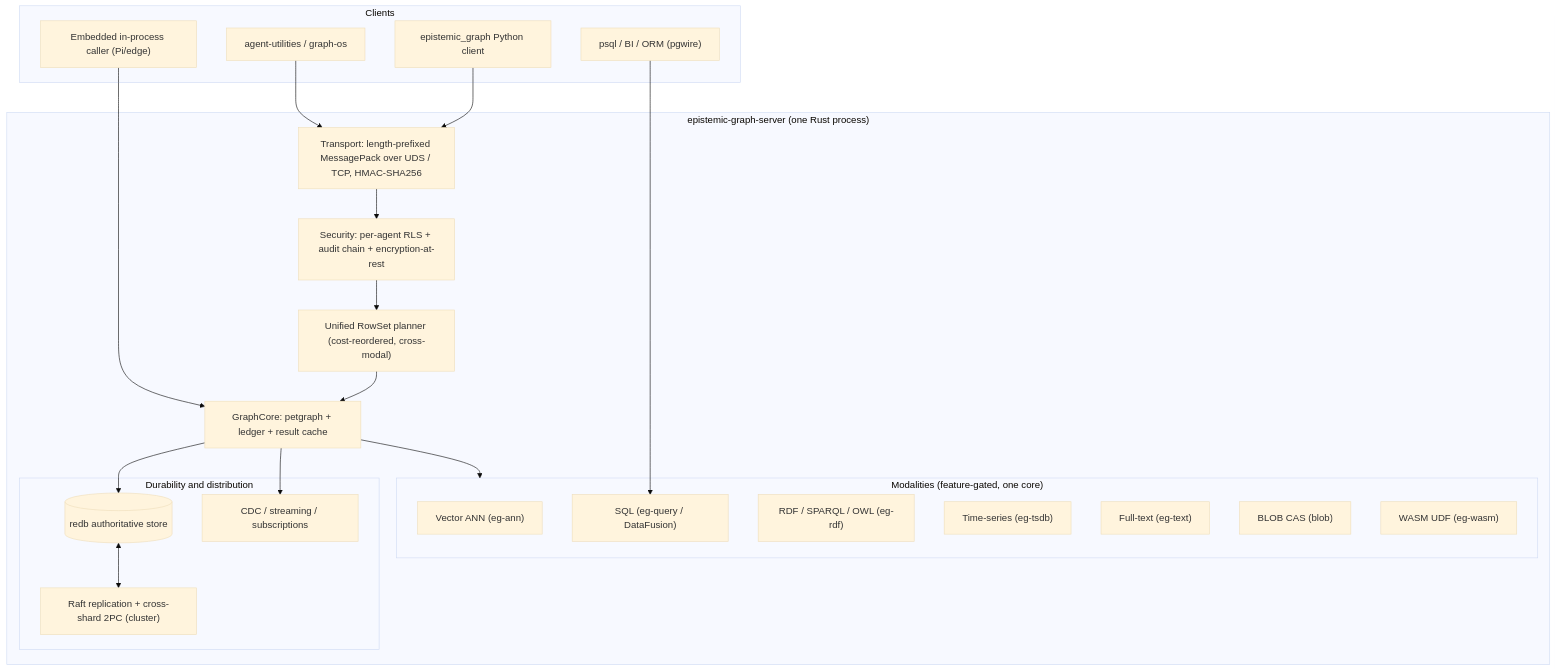
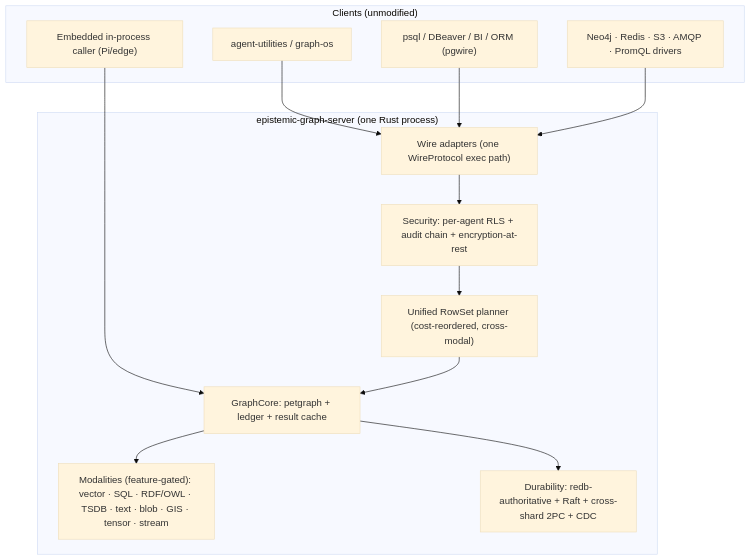
One commit to Knuckles-Team/epistemic-graph changed the diagram in README.md. Above: the diagram before and after it, drawn with Mermaid (base theme). The commit also changed other lines of this file and 42 other files, not shown here.

````diff
--- a/README.md
+++ b/README.md
@@ -187,42 +199,26 @@
 ```mermaid
 flowchart TB
-    subgraph Clients["Clients"]
+    subgraph Clients["Clients (unmodified)"]
         AU["agent-utilities / graph-os"]
-        PY["epistemic_graph Python client"]
-        PG["psql / BI / ORM (pgwire)"]
+        PG["psql / DBeaver / BI / ORM (pgwire)"]
+        DRV["Neo4j · Redis · S3 · AMQP · PromQL drivers"]
         EMB["Embedded in-process caller (Pi/edge)"]
     end
 
     subgraph Engine["epistemic-graph-server (one Rust process)"]
-        T["Transport: length-prefixed MessagePack over UDS / TCP, HMAC-SHA256"]
+        WIRE["Wire adapters (one WireProtocol exec path)"]
         SEC["Security: per-agent RLS + audit chain + encryption-at-rest"]
         PLAN["Unified RowSet planner (cost-reordered, cross-modal)"]
         CORE["GraphCore: petgraph + ledger + result cache"]
-
-        subgraph Modalities["Modalities (feature-gated, one core)"]
-            VEC["Vector ANN (eg-ann)"]
-            SQL["SQL (eg-query / DataFusion)"]
-            RDF["RDF / SPARQL / OWL (eg-rdf)"]
-            TS["Time-series (eg-tsdb)"]
-            TXT["Full-text (eg-text)"]
-            BLOB["BLOB CAS (blob)"]
-            WASM["WASM UDF (eg-wasm)"]
-        end
-
-        subgraph Durability["Durability and distribution"]
-            REDB[("redb authoritative store")]
-            RAFT["Raft replication + cross-shard 2PC (cluster)"]
-            CDC["CDC / streaming / subscriptions"]
-        end
+        MOD["Modalities (feature-gated): vector · SQL · RDF/OWL · TSDB · text · blob · GIS · tensor · stream"]
+        DUR["Durability: redb-authoritative + Raft + cross-shard 2PC + CDC"]
     end
 
-    AU --> T
-    PY --> T
-    PG --> SQL
+    AU --> WIRE
+    PG --> WIRE
+    DRV --> WIRE
     EMB --> CORE
-    T --> SEC --> PLAN --> CORE
-    CORE --> Modalities
-    CORE --> REDB
-    REDB <--> RAFT
-    CORE --> CDC
+    WIRE --> SEC --> PLAN --> CORE
+    CORE --> MOD
+    CORE --> DUR
 ```
````
